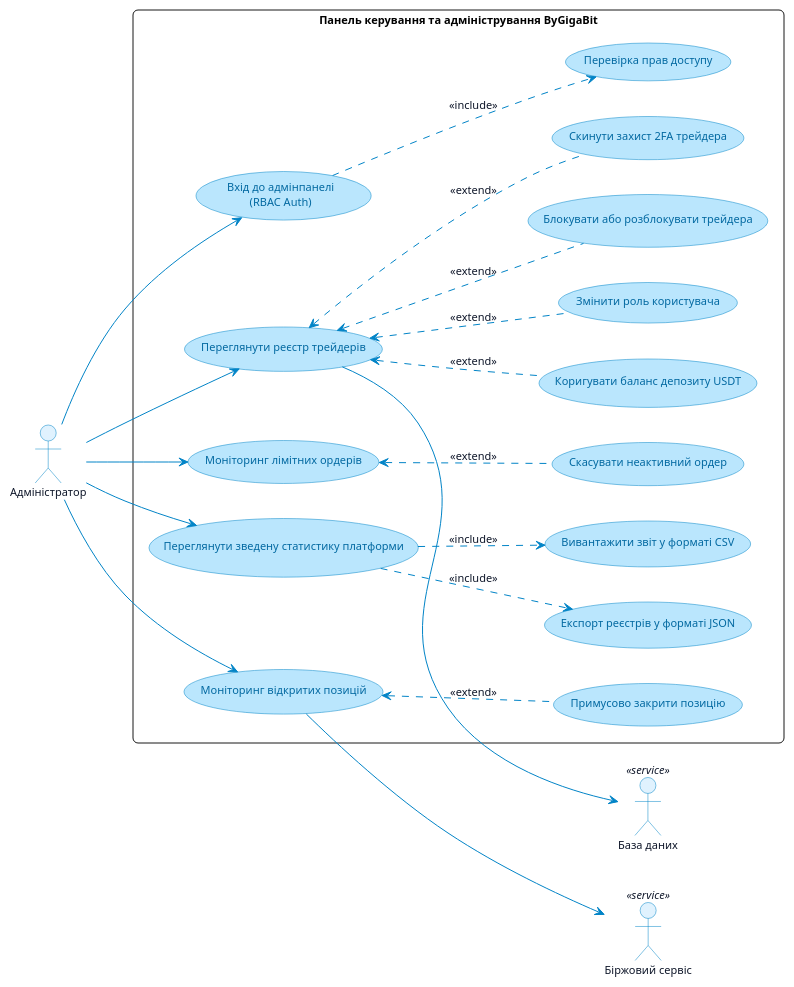
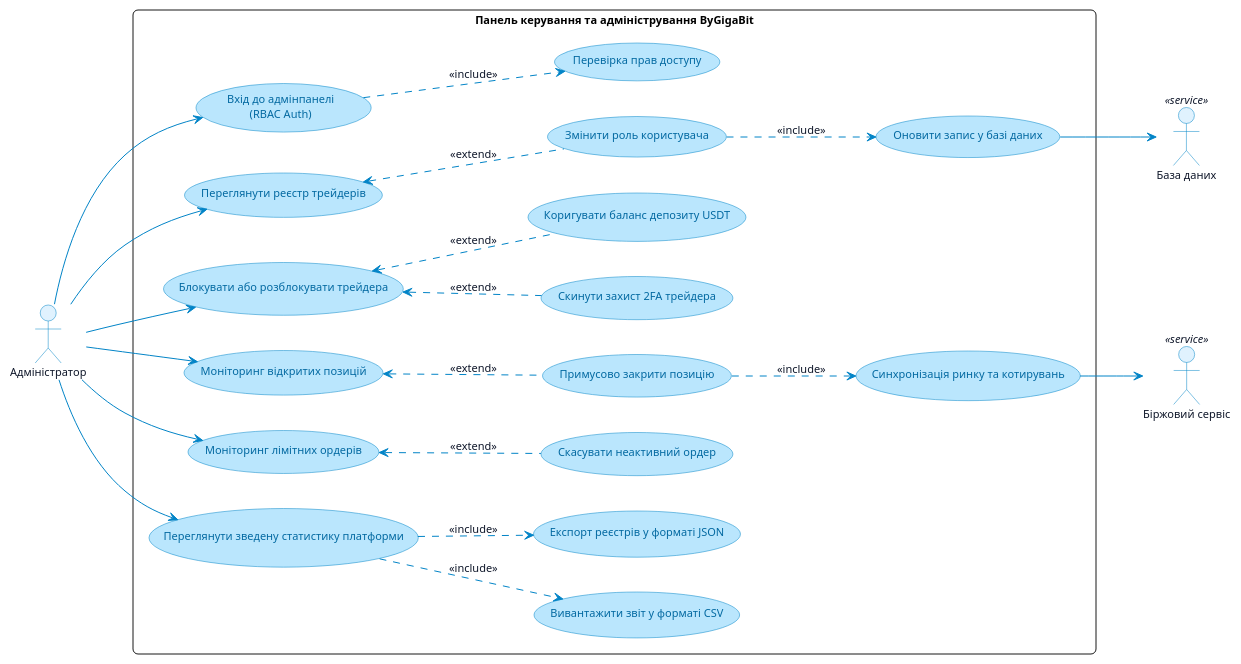
One commit to Hast1k/bygigabit changed the diagram in diagrams/puml/01_use_case_admin.puml. Above: the diagram before and after it, drawn with PlantUML. The commit also changed 10 other files, not shown here.

Commit message:
fix(diagrams): unroll use case rows into natural branching clusters to prevent line crossings

```diff
--- a/diagrams/puml/01_use_case_admin.puml
+++ b/diagrams/puml/01_use_case_admin.puml
@@ -1,69 +1,74 @@
 @startuml
 skinparam backgroundColor #FFFFFF
 skinparam defaultFontName Arial
 skinparam defaultFontSize 11
 skinparam roundCorner 10
 skinparam shadowing false
 
 skinparam actor {
     borderColor #0284C7
     backgroundColor #E0F2FE
     fontColor #0F172A
 }
 skinparam usecase {
     borderColor #0284C7
     backgroundColor #BAE6FD
     fontColor #0369A1
 }
 skinparam arrow {
     color #0284C7
     fontColor #0F172A
 }
 
 left to right direction
 
 actor "Адміністратор" as Admin
 
 actor "База даних" as DB <<service>>
 actor "Біржовий сервіс" as MarketService <<service>>
 
 rectangle "Панель керування та адміністрування ByGigaBit" {
     usecase "Вхід до адмінпанелі\n(RBAC Auth)" as UC_Login
     usecase "Перевірка прав доступу" as UC_Access
 
     usecase "Переглянути реєстр трейдерів" as UC_Users
     usecase "Змінити роль користувача" as UC_Role
+    usecase "Оновити запис у базі даних" as UC_DBUp
+
     usecase "Блокувати або розблокувати трейдера" as UC_Block
     usecase "Скинути захист 2FA трейдера" as UC_2FA_Reset
     usecase "Коригувати баланс депозиту USDT" as UC_Balance
 
     usecase "Моніторинг відкритих позицій" as UC_Positions
     usecase "Примусово закрити позицію" as UC_ForceClose
+    usecase "Синхронізація ринку та котирувань" as UC_Sync
 
     usecase "Моніторинг лімітних ордерів" as UC_Orders
     usecase "Скасувати неактивний ордер" as UC_CancelOrder
 
     usecase "Переглянути зведену статистику платформи" as UC_Stats
     usecase "Вивантажити звіт у форматі CSV" as UC_CSV
     usecase "Експорт реєстрів у форматі JSON" as UC_JSON
 }
 
 Admin --> UC_Login
 Admin --> UC_Users
+Admin --> UC_Block
 Admin --> UC_Positions
 Admin --> UC_Orders
 Admin --> UC_Stats
 
 UC_Login ..> UC_Access : <<include>>
 UC_Users <.. UC_Role : <<extend>>
-UC_Users <.. UC_Block : <<extend>>
-UC_Users <.. UC_2FA_Reset : <<extend>>
-UC_Users <.. UC_Balance : <<extend>>
+UC_Role ..> UC_DBUp : <<include>>
+UC_Block <.. UC_2FA_Reset : <<extend>>
+UC_Block <.. UC_Balance : <<extend>>
 UC_Positions <.. UC_ForceClose : <<extend>>
+UC_ForceClose ..> UC_Sync : <<include>>
 UC_Orders <.. UC_CancelOrder : <<extend>>
 UC_Stats ..> UC_CSV : <<include>>
 UC_Stats ..> UC_JSON : <<include>>
 
-UC_Users --> DB
-UC_Positions --> MarketService
+UC_DBUp --> DB
+UC_Sync --> MarketService
 @enduml
```
